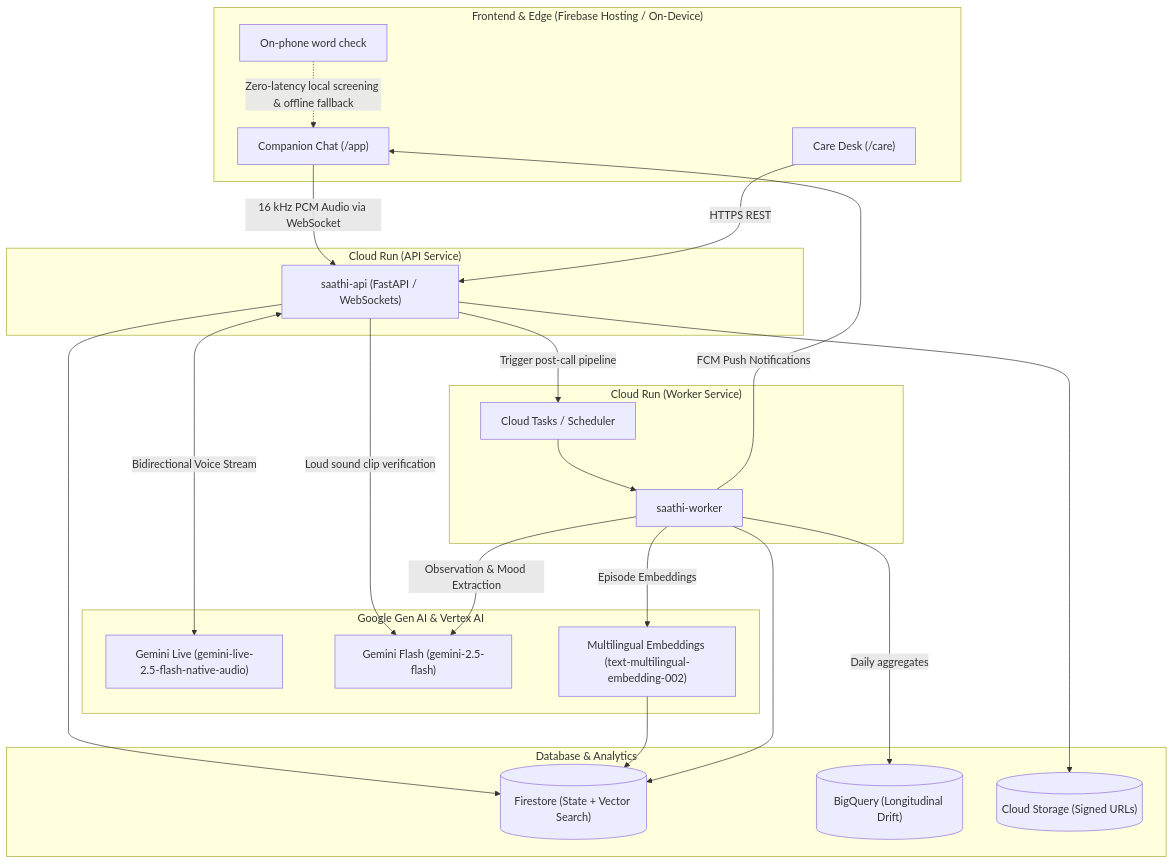
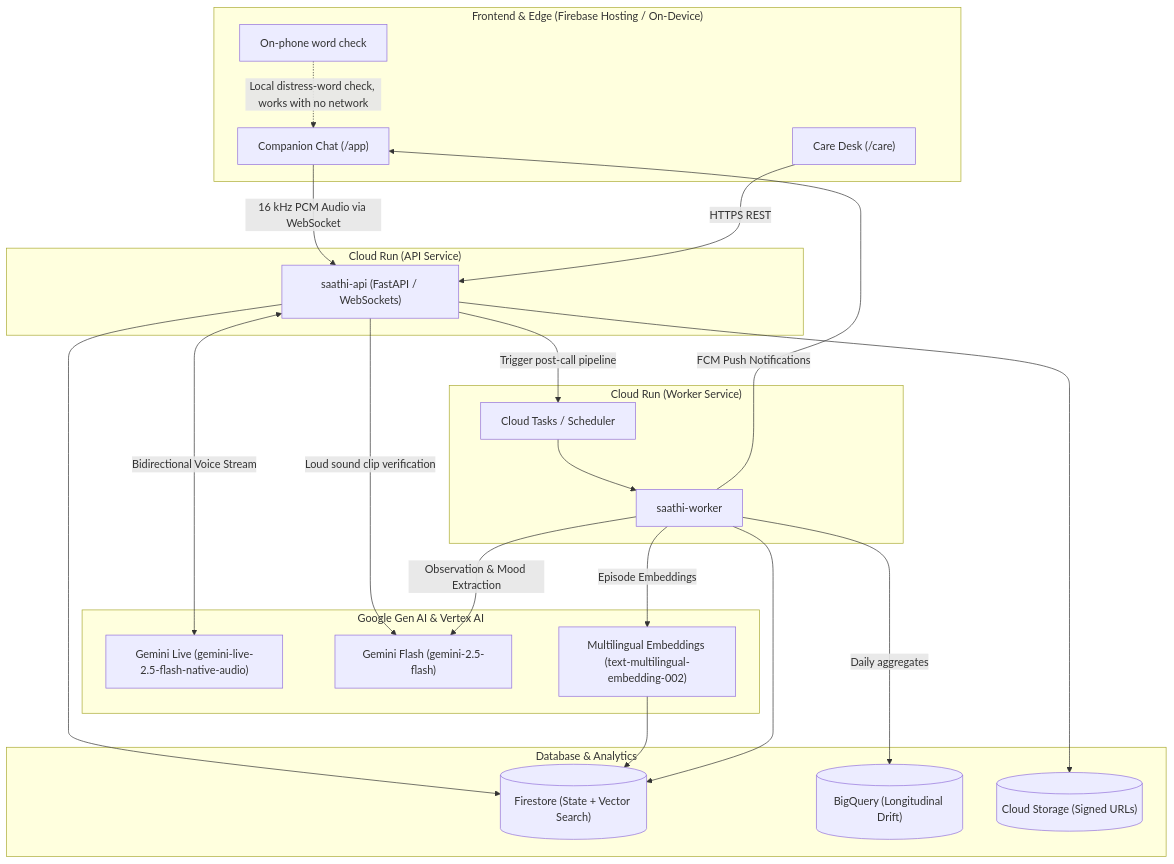
Before and after one commit to srushtipatil09/AI_Builder_Cup_2026: the diagram in docs/PROJECT_OVERVIEW.md, drawn with Mermaid. The commit also changed other lines of this file and 11 other files, not shown here.

````diff
--- a/docs/PROJECT_OVERVIEW.md
+++ b/docs/PROJECT_OVERVIEW.md
@@ -28,45 +28,45 @@
 ```mermaid
 flowchart TD
     subgraph Client ["Frontend & Edge (Firebase Hosting / On-Device)"]
         Chat["Companion Chat (/app)"]
         Desk["Care Desk (/care)"]
         EdgeGemma["On-phone word check"]
     end
 
     subgraph Ingestion ["Cloud Run (API Service)"]
         API["saathi-api (FastAPI / WebSockets)"]
     end
 
     subgraph GenAI ["Google Gen AI & Vertex AI"]
         Live["Gemini Live (gemini-live-2.5-flash-native-audio)"]
         Flash["Gemini Flash (gemini-2.5-flash)"]
         Embed["Multilingual Embeddings (text-multilingual-embedding-002)"]
     end
 
     subgraph Storage ["Database & Analytics"]
         FS[("Firestore (State + Vector Search)")]
         BQ[("BigQuery (Longitudinal Drift)")]
         GCS[("Cloud Storage (Signed URLs)")]
     end
 
     subgraph AsyncWorker ["Cloud Run (Worker Service)"]
         Tasks["Cloud Tasks / Scheduler"]
         Worker["saathi-worker"]
     end
 
-    EdgeGemma -.->|Zero-latency local screening & offline fallback| Chat
+    EdgeGemma -.->|Local distress-word check, works with no network| Chat
     Chat -->|16 kHz PCM Audio via WebSocket| API
     Desk -->|HTTPS REST| API
     API <-->|Bidirectional Voice Stream| Live
     API -->|Loud sound clip verification| Flash
     API --> FS
     API --> GCS
     API -->|Trigger post-call pipeline| Tasks
     Tasks --> Worker
     Worker -->|Observation & Mood Extraction| Flash
     Worker -->|Episode Embeddings| Embed
     Embed --> FS
     Worker --> FS
     Worker -->|Daily aggregates| BQ
     Worker -->|FCM Push Notifications| Chat
 ```
````
